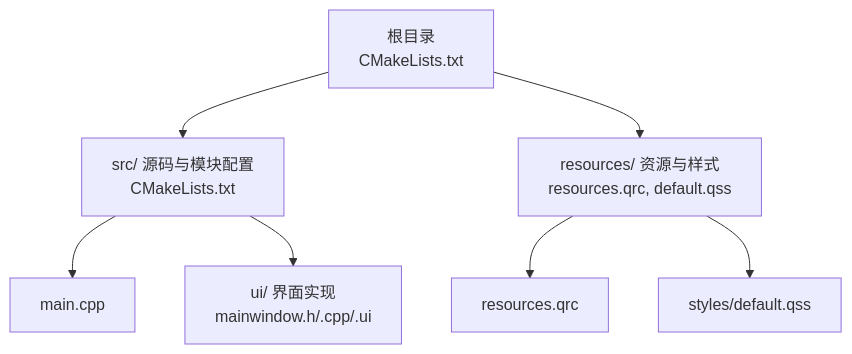
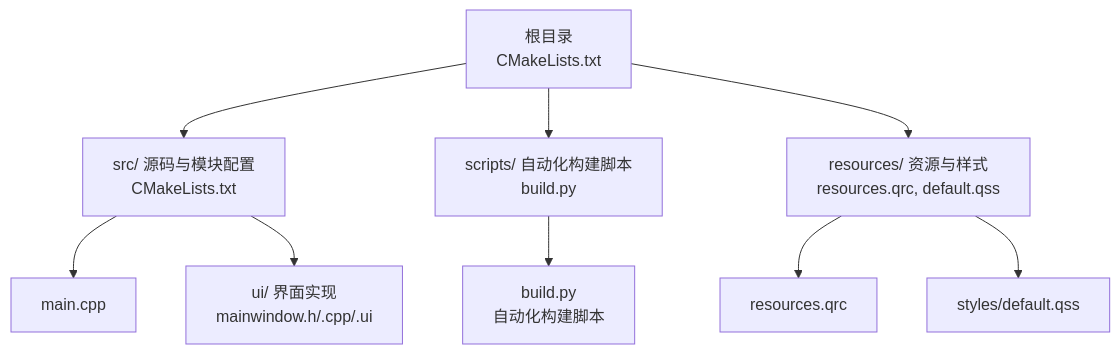
Before and after one commit to jakecai1225-design/OpenBus: the first of 5 diagrams in .qoder/repowiki/zh/content/构建和部署/构建和部署.md, drawn with Mermaid. The commit also changed other lines of this file and 49 other files, not shown here.

````diff
--- a/.qoder/repowiki/zh/content/构建和部署/构建和部署.md
+++ b/.qoder/repowiki/zh/content/构建和部署/构建和部署.md
@@ -40,9 +49,11 @@
 ```mermaid
 graph TB
 root["根目录<br/>CMakeLists.txt"] --> src_dir["src/ 源码与模块配置<br/>CMakeLists.txt"]
+root --> scripts_dir["scripts/ 自动化构建脚本<br/>build.py"]
 root --> res_dir["resources/ 资源与样式<br/>resources.qrc, default.qss"]
 src_dir --> main_cpp["main.cpp"]
 src_dir --> ui_dir["ui/ 界面实现<br/>mainwindow.h/.cpp/.ui"]
 res_dir --> qrc["resources.qrc"]
 res_dir --> qss["styles/default.qss"]
+scripts_dir --> build_py["build.py<br/>自动化构建脚本"]
 ```
````
